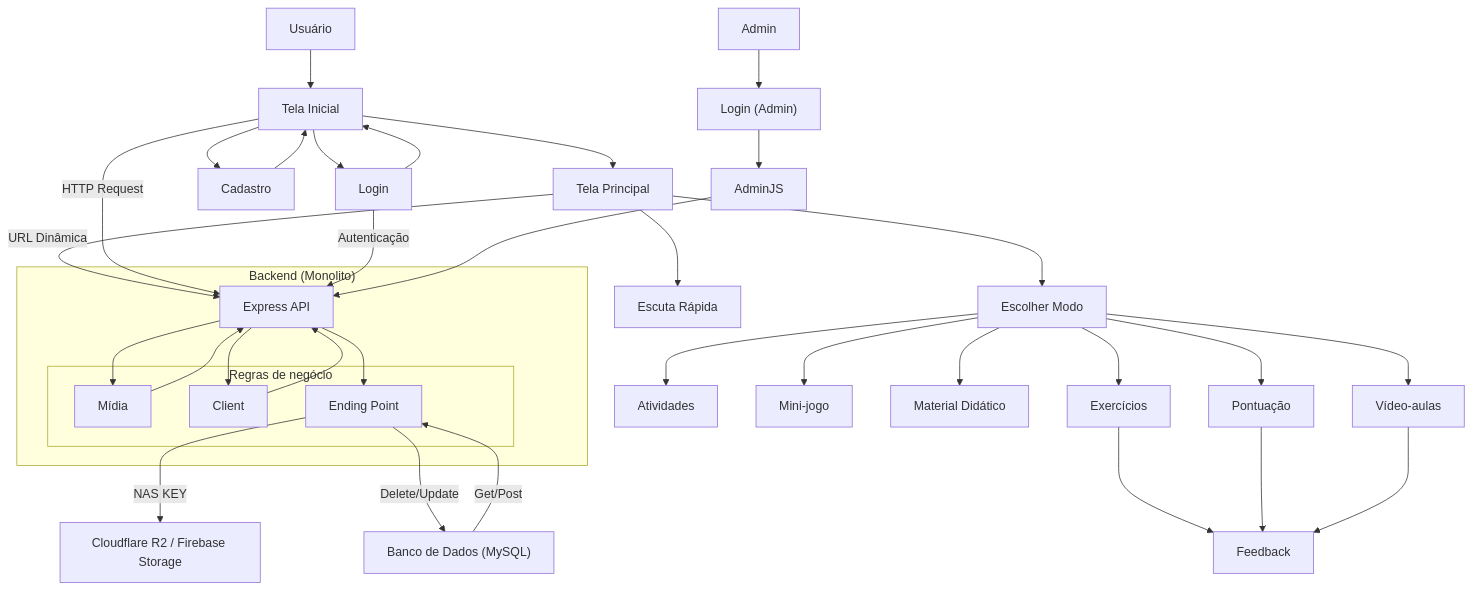
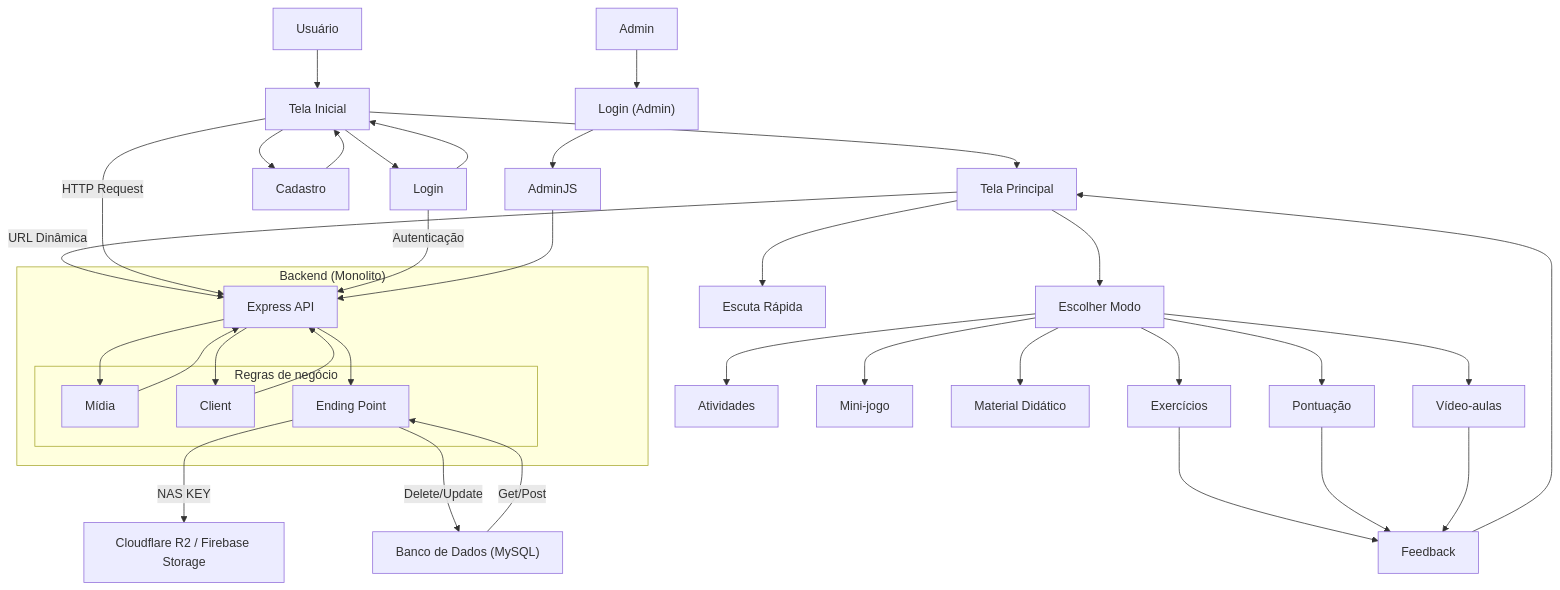
The diagram in README.md (Junior010101/Nuvia), drawn with Mermaid before and after one commit. The commit also changed other lines of this file, not shown here.

Commit message:
Update README with project details and requirements

````diff
--- a/README.md
+++ b/README.md
@@ -66,72 +66,73 @@
 ```mermaid
 flowchart TD
 
     %% ============================
     %% FRONTEND
     %% ============================
 
     Usuario["Usuário"] --> TelaInicial["Tela Inicial"]
 
     TelaInicial --> Login["Login"]
     TelaInicial --> Cadastro["Cadastro"]
 
     Login --> TelaInicial
     Cadastro --> TelaInicial
 
     TelaInicial --> TelaPrincipal["Tela Principal"]
 
     TelaPrincipal --> EscolherModo["Escolher Modo"]
 
     EscolherModo --> Exercicios["Exercícios"]
     EscolherModo --> Pontuacao["Pontuação"]
     EscolherModo --> VideosAulas["Vídeo-aulas"]
     EscolherModo --> Atividades["Atividades"]
     EscolherModo --> MiniJogo["Mini-jogo"]
     EscolherModo --> MaterialDidatico["Material Didático"]
 
     Exercicios --> Feedback["Feedback"]
     Pontuacao --> Feedback
     VideosAulas --> Feedback
+    Feedback --> TelaPrincipal
 
     %% O segundo modo
     TelaPrincipal --> EscutaRapida["Escuta Rápida"]
 
     %% Ligações com o backend
     TelaPrincipal -->|URL Dinâmica| ExpressApi
     TelaInicial -->|HTTP Request| ExpressApi
     Login -->|Autenticação| ExpressApi
 
     %% ============================
     %% BACKEND
     %% ============================
 
     subgraph Backend["Backend (Monolito)"]
 
         ExpressApi["Express API"]
 
         subgraph Regras["Regras de negócio"]
             Midia["Mídia"]
             Client["Client"]
             EndingPoint["Ending Point"]
         end
 
     end
 
     %% Relações internas do backend
     ExpressApi --> Midia
     ExpressApi --> Client
     ExpressApi --> EndingPoint
 
     Midia --> ExpressApi
     Client --> ExpressApi
 
     %% Storage e DB
     EndingPoint -->|NAS KEY| Cloudflare["Cloudflare R2 / Firebase Storage"]
     EndingPoint -->|Delete/Update| MySQL["Banco de Dados (MySQL)"]
     MySQL -->|Get/Post| EndingPoint
 
     %% Admin
     Admin["Admin"] --> AdminLogin["Login (Admin)"]
     AdminLogin --> AdminJS["AdminJS"]
     AdminJS --> ExpressApi
 ```
````
